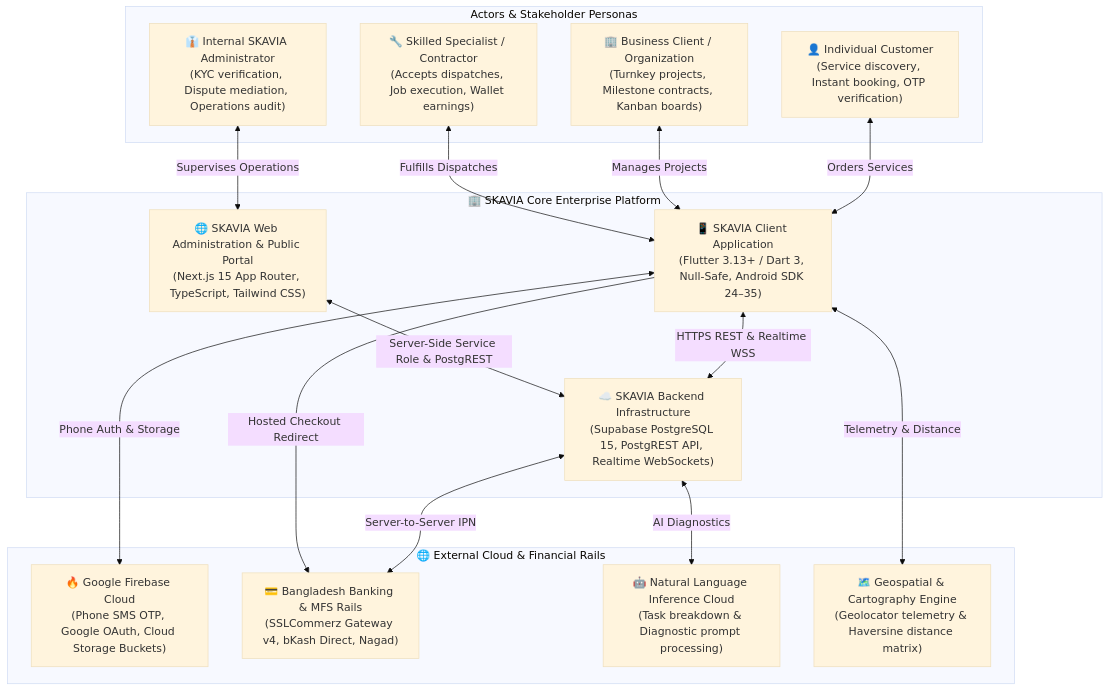
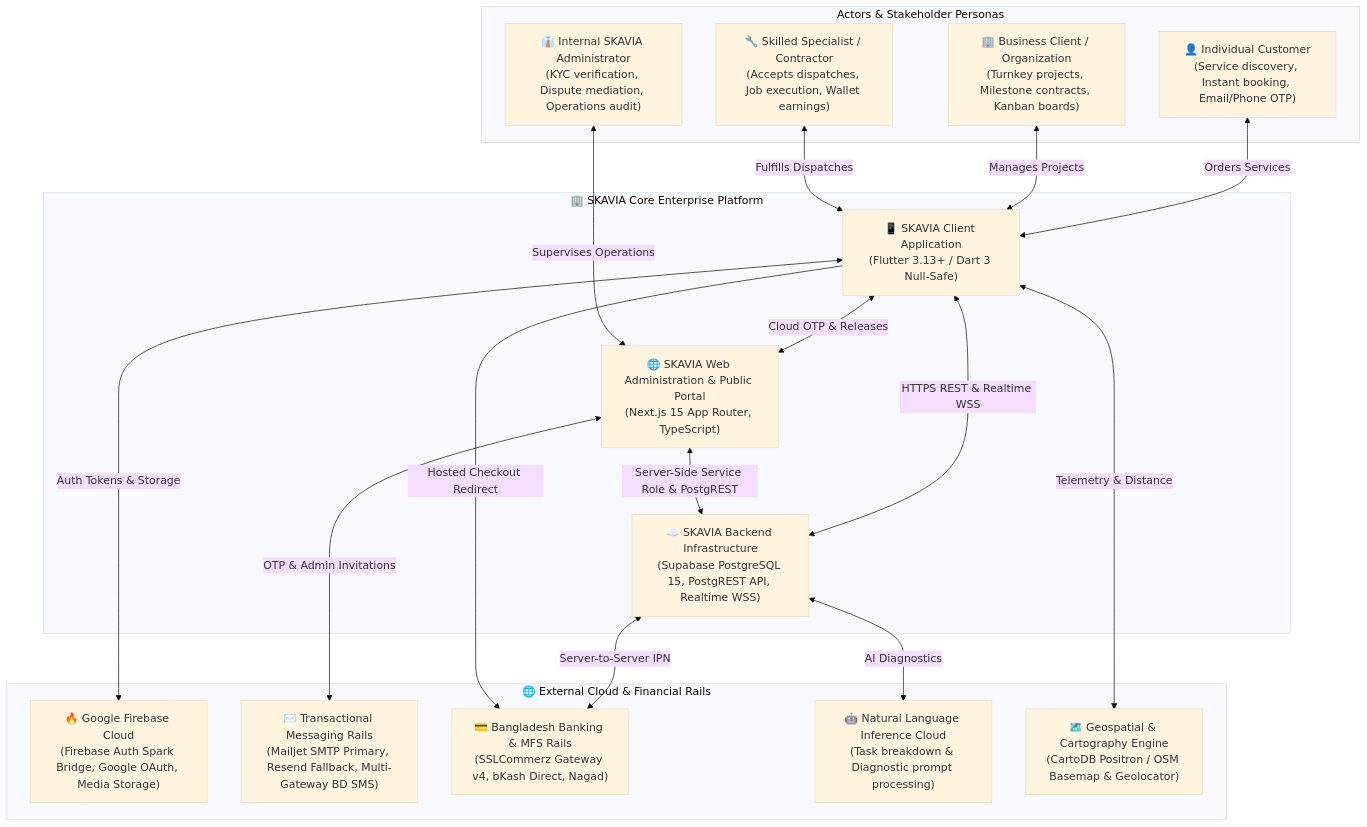
One commit to Ti838/SKAVIA changed the diagram in docs/architecture/system-overview.md. Above: the diagram before and after it, drawn with Mermaid (base theme). The commit also changed other lines of this file and 8 other files, not shown here.

First line of the commit message:
chore(cleanup): remove scratch test scripts and update all system documentation & diagrams

````diff
--- a/docs/architecture/system-overview.md
+++ b/docs/architecture/system-overview.md
@@ -16,36 +17,39 @@
 ```mermaid
 graph TB
     subgraph Users ["Actors & Stakeholder Personas"]
-        ClientUser["👤 Individual Customer<br/>(Service discovery, Instant booking, OTP verification)"]
+        ClientUser["👤 Individual Customer<br/>(Service discovery, Instant booking, Email/Phone OTP)"]
         BizUser["🏢 Business Client / Organization<br/>(Turnkey projects, Milestone contracts, Kanban boards)"]
         WorkerUser["🔧 Skilled Specialist / Contractor<br/>(Accepts dispatches, Job execution, Wallet earnings)"]
         AdminUser["👔 Internal SKAVIA Administrator<br/>(KYC verification, Dispute mediation, Operations audit)"]
     end
 
     subgraph SKAVIA_System ["🏢 SKAVIA Core Enterprise Platform"]
-        UserApp["📱 SKAVIA Client Application<br/>(Flutter 3.13+ / Dart 3, Null-Safe, Android SDK 24–35)"]
-        AdminWeb["🌐 SKAVIA Web Administration & Public Portal<br/>(Next.js 15 App Router, TypeScript, Tailwind CSS)"]
-        CloudBackend["☁️ SKAVIA Backend Infrastructure<br/>(Supabase PostgreSQL 15, PostgREST API, Realtime WebSockets)"]
+        UserApp["📱 SKAVIA Client Application<br/>(Flutter 3.13+ / Dart 3 Null-Safe)"]
+        AdminWeb["🌐 SKAVIA Web Administration & Public Portal<br/>(Next.js 15 App Router, TypeScript)"]
+        CloudBackend["☁️ SKAVIA Backend Infrastructure<br/>(Supabase PostgreSQL 15, PostgREST API, Realtime WSS)"]
         
         UserApp <-->|HTTPS REST & Realtime WSS| CloudBackend
         AdminWeb <-->|Server-Side Service Role & PostgREST| CloudBackend
+        UserApp <-->|Cloud OTP & Releases| AdminWeb
     end
 
     subgraph External_Services ["🌐 External Cloud & Financial Rails"]
-        FirebaseEngine["🔥 Google Firebase Cloud<br/>(Phone SMS OTP, Google OAuth, Cloud Storage Buckets)"]
+        FirebaseEngine["🔥 Google Firebase Cloud<br/>(Firebase Auth Spark Bridge, Google OAuth, Media Storage)"]
+        EmailEngine["✉️ Transactional Messaging Rails<br/>(Mailjet SMTP Primary, Resend Fallback, Multi-Gateway BD SMS)"]
         PaymentRails["💳 Bangladesh Banking & MFS Rails<br/>(SSLCommerz Gateway v4, bKash Direct, Nagad)"]
         AIEngines["🤖 Natural Language Inference Cloud<br/>(Task breakdown & Diagnostic prompt processing)"]
-        MapEngine["🗺️ Geospatial & Cartography Engine<br/>(Geolocator telemetry & Haversine distance matrix)"]
+        MapEngine["🗺️ Geospatial & Cartography Engine<br/>(CartoDB Positron / OSM Basemap & Geolocator)"]
     end
 
     ClientUser <-->|Orders Services| UserApp
     BizUser <-->|Manages Projects| UserApp
     WorkerUser <-->|Fulfills Dispatches| UserApp
     AdminUser <-->|Supervises Operations| AdminWeb
 
-    UserApp <-->|Phone Auth & Storage| FirebaseEngine
+    UserApp <-->|Auth Tokens & Storage| FirebaseEngine
+    AdminWeb <-->|OTP & Admin Invitations| EmailEngine
     UserApp <-->|Telemetry & Distance| MapEngine
     CloudBackend <-->|AI Diagnostics| AIEngines
     CloudBackend <-->|Server-to-Server IPN| PaymentRails
     UserApp -->|Hosted Checkout Redirect| PaymentRails
 ```
````
